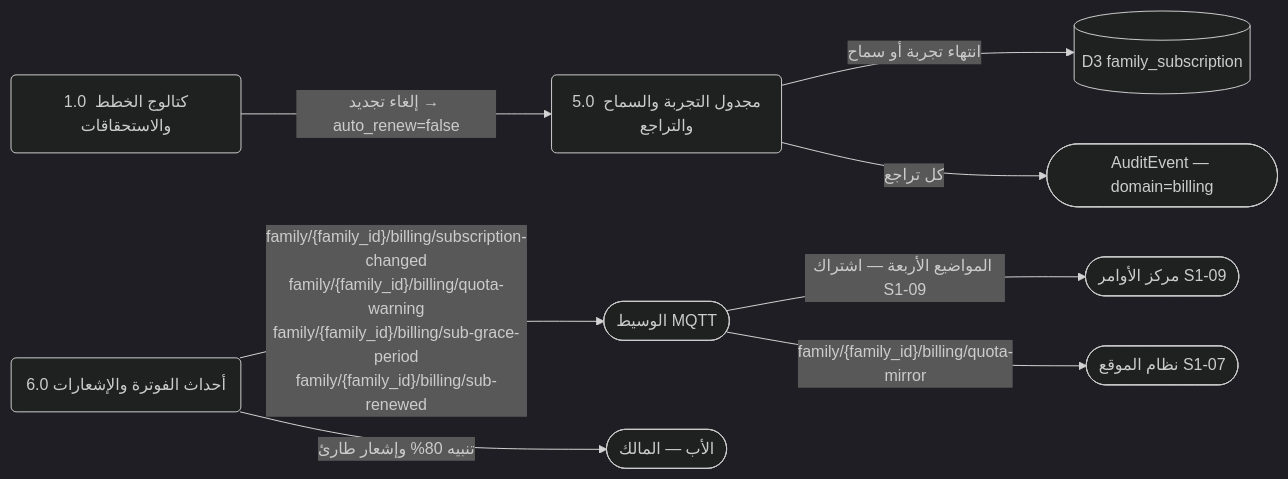
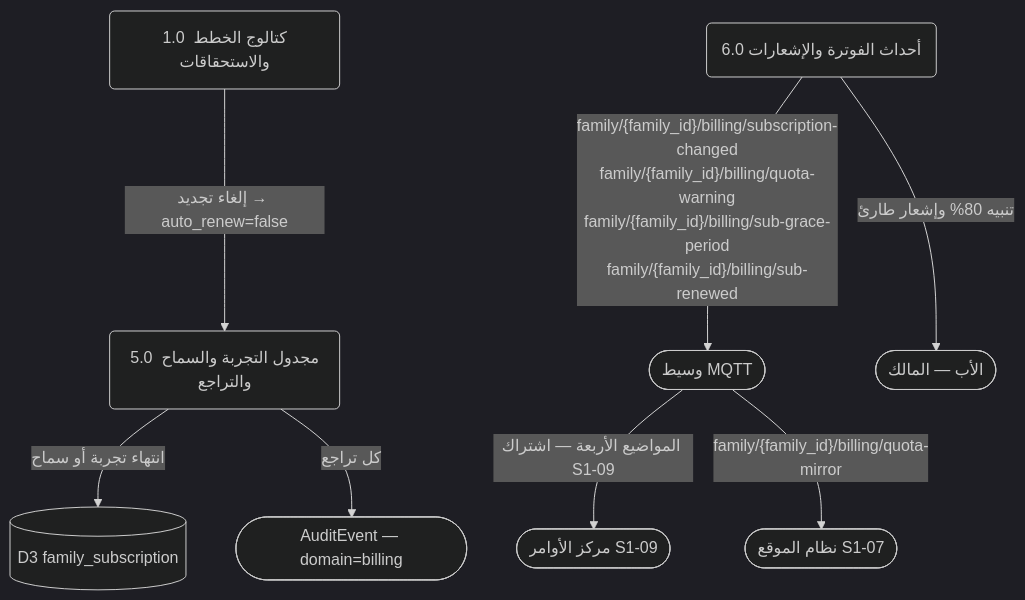
Diagram 19 of 25 in docs/family-os/governance/phases/phase-1/S1-04-plans-and-subscriptions/DIAGRAMS.md (Bassam-mohammed-alqaeadi/family-os-v2), drawn with Mermaid (dark theme) before and after one commit. The commit also changed other lines of this file, not shown here.

````diff
--- a/docs/family-os/governance/phases/phase-1/S1-04-plans-and-subscriptions/DIAGRAMS.md
+++ b/docs/family-os/governance/phases/phase-1/S1-04-plans-and-subscriptions/DIAGRAMS.md
@@ -681,20 +716,20 @@
 ```mermaid
-flowchart LR
-    Father([الأب — المالك])
-    S109([مركز الأوامر S1-09])
-    S107([نظام الموقع S1-07])
-    Broker([الوسيط MQTT])
+flowchart TD
     P1(1.0 كتالوج الخطط والاستحقاقات)
     P5(5.0 مجدول التجربة والسماح والتراجع)
     P6(6.0 أحداث الفوترة والإشعارات)
     D3[(D3 family_subscription)]
     Audit([AuditEvent — domain=billing])
+    MQTT([وسيط MQTT])
+    S109([مركز الأوامر S1-09])
+    S107([نظام الموقع S1-07])
+    Father([الأب — المالك])
 
     P1 -->|إلغاء تجديد → auto_renew=false| P5
     P5 -->|انتهاء تجربة أو سماح| D3
     P5 -->|كل تراجع| Audit
-    P6 -->|"family/{family_id}/billing/subscription-changed<br/>family/{family_id}/billing/quota-warning<br/>family/{family_id}/billing/sub-grace-period<br/>family/{family_id}/billing/sub-renewed"| Broker
-    Broker -->|المواضيع الأربعة — اشتراك S1-09| S109
-    Broker -->|"family/{family_id}/billing/quota-mirror"| S107
+    P6 -->|"family/{family_id}/billing/subscription-changed<br/>family/{family_id}/billing/quota-warning<br/>family/{family_id}/billing/sub-grace-period<br/>family/{family_id}/billing/sub-renewed"| MQTT
+    MQTT -->|المواضيع الأربعة — اشتراك S1-09| S109
+    MQTT -->|"family/{family_id}/billing/quota-mirror"| S107
     P6 -->|تنبيه 80% وإشعار طارئ| Father
 ```
````
